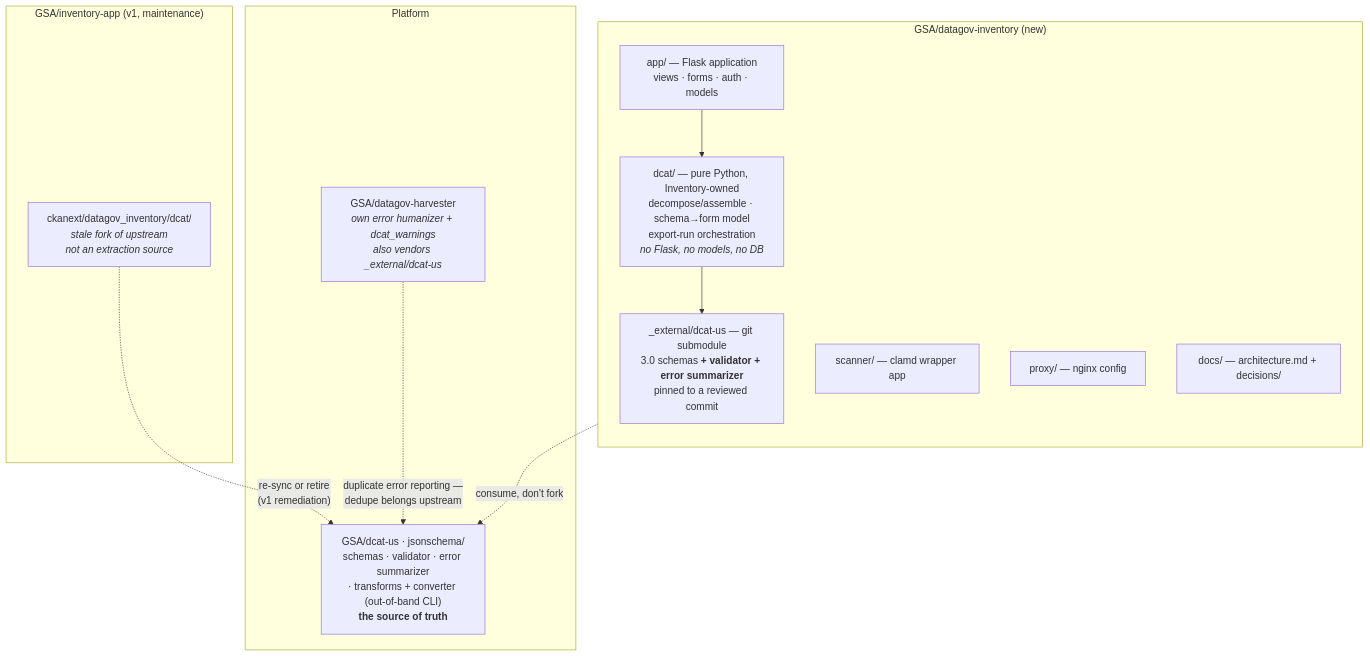
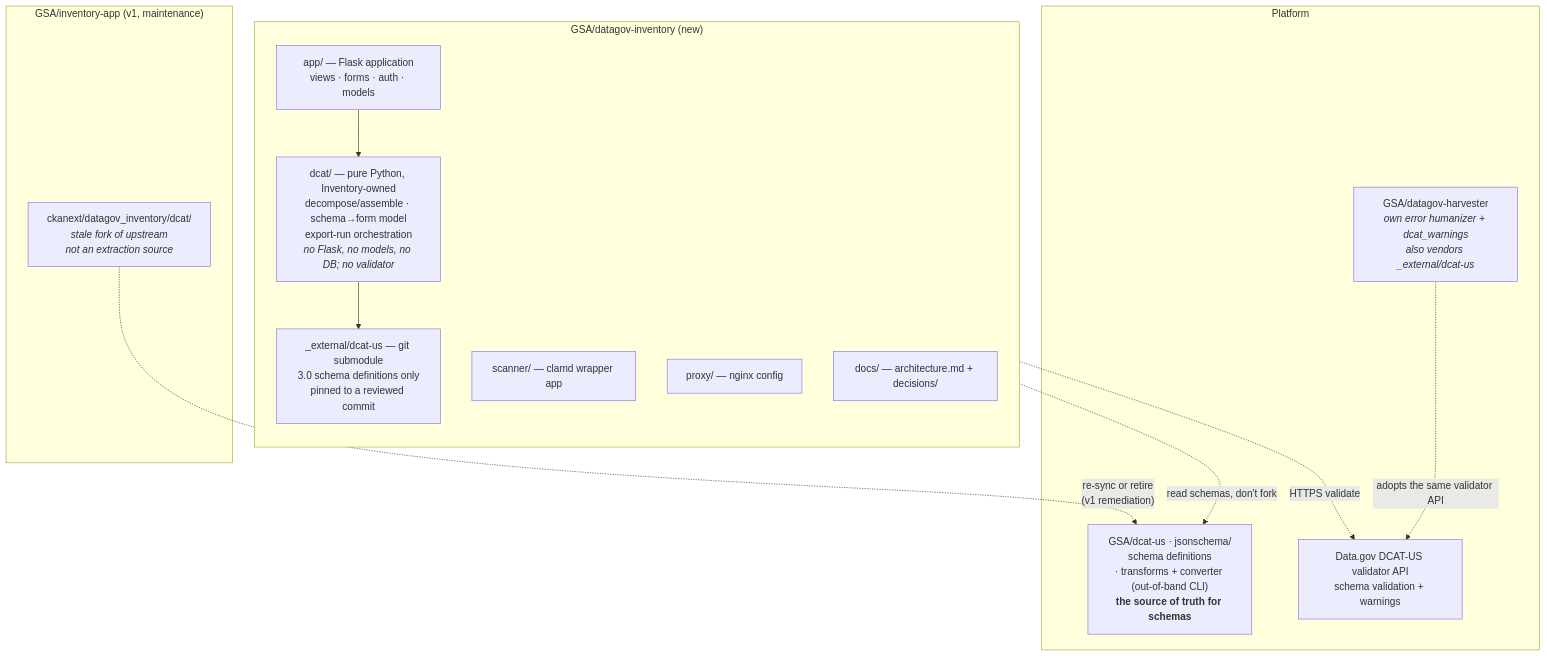
One commit to GSA/datagov-inventory changed the eighth of 8 diagrams in docs/architecture.md. Above: the diagram before and after it, drawn with Mermaid. The commit also changed other lines of this file and 7 other files, not shown here.

Commit message:
Update 0010 (and other cascading effects) to use data.gov validator with warnings instead of replicating.

````diff
--- a/docs/architecture.md
+++ b/docs/architecture.md
@@ -707,27 +708,29 @@
 ```mermaid
 flowchart TB
     subgraph new["GSA/datagov-inventory (new)"]
         direction TB
         APP["app/ — Flask application<br/>views · forms · auth · models"]
-        LIB["dcat/ — pure Python, Inventory-owned<br/>decompose/assemble · schema→form model<br/>export-run orchestration<br/><i>no Flask, no models, no DB</i>"]
+        LIB["dcat/ — pure Python, Inventory-owned<br/>decompose/assemble · schema→form model<br/>export-run orchestration<br/><i>no Flask, no models, no DB; no validator</i>"]
         SCANAPP["scanner/ — clamd wrapper app"]
         PROXYD["proxy/ — nginx config"]
         DOCS["docs/ — architecture.md + decisions/"]
-        SUB["_external/dcat-us — git submodule<br/>3.0 schemas <b>+ validator + error summarizer</b><br/>pinned to a reviewed commit"]
+        SUB["_external/dcat-us — git submodule<br/>3.0 schema definitions only<br/>pinned to a reviewed commit"]
         APP --> LIB
         LIB --> SUB
     end
 
     subgraph old["GSA/inventory-app (v1, maintenance)"]
         CKAN["ckanext/datagov_inventory/dcat/<br/><i>stale fork of upstream</i><br/><i>not an extraction source</i>"]
     end
 
     subgraph plat["Platform"]
         HARV["GSA/datagov-harvester<br/><i>own error humanizer + dcat_warnings</i><br/><i>also vendors _external/dcat-us</i>"]
-        UPSTREAM["GSA/dcat-us · jsonschema/<br/>schemas · validator · error summarizer<br/>· transforms + converter (out-of-band CLI)<br/><b>the source of truth</b>"]
+        UPSTREAM["GSA/dcat-us · jsonschema/<br/>schema definitions<br/>· transforms + converter (out-of-band CLI)<br/><b>the source of truth for schemas</b>"]
+        VALAPI["Data.gov DCAT-US validator API<br/>schema validation + warnings"]
     end
 
-    SUB -.->|"consume, don't fork"| UPSTREAM
+    SUB -.->|"read schemas, don't fork"| UPSTREAM
+    LIB -.->|"HTTPS validate"| VALAPI
     CKAN -.->|"re-sync or retire<br/>(v1 remediation)"| UPSTREAM
-    HARV -.->|"duplicate error reporting —<br/>dedupe belongs upstream"| UPSTREAM
+    HARV -.->|"adopts the same validator API"| VALAPI
 ```
````
